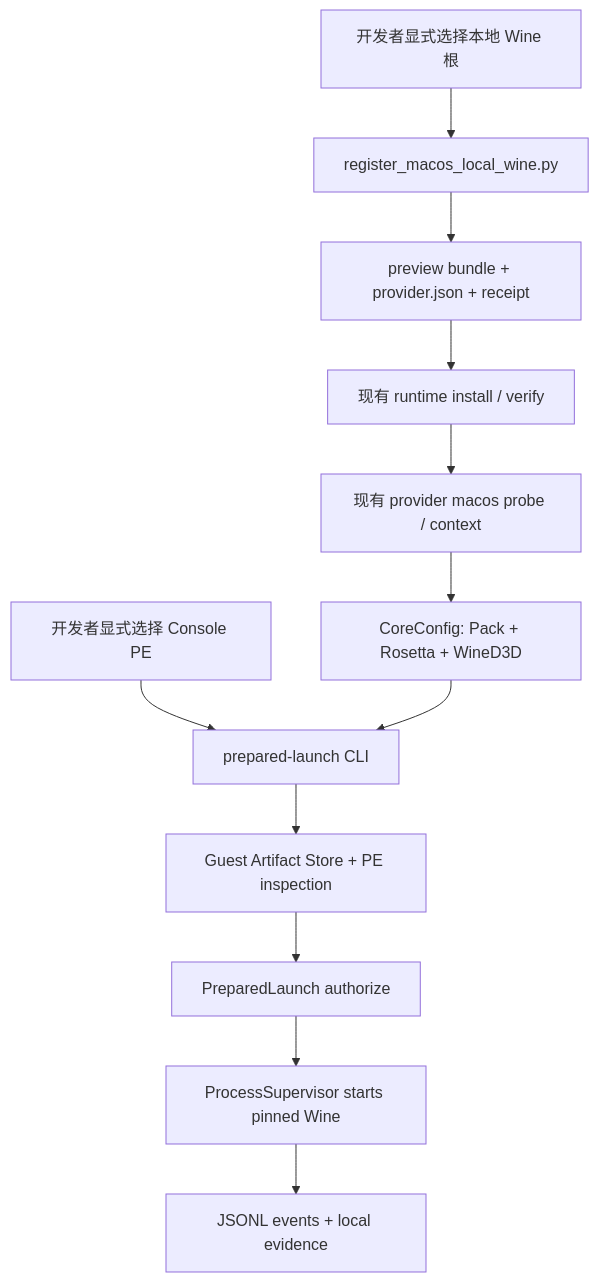
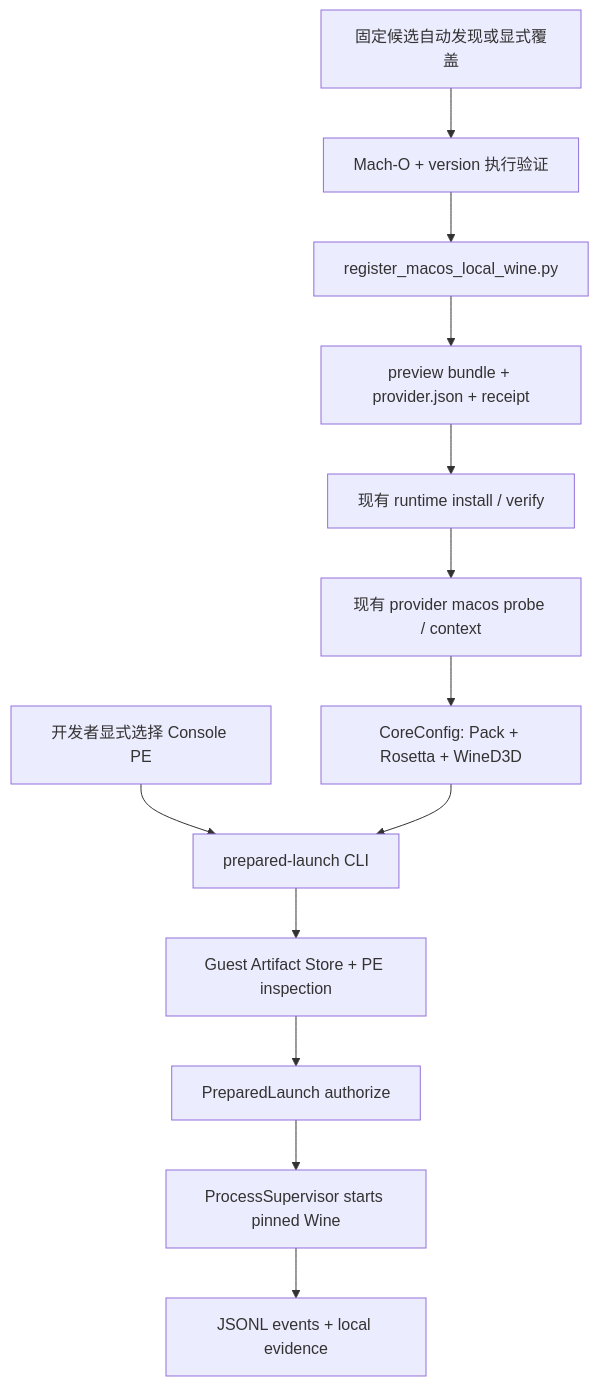
The diagram in docs/plans/2026-08-15-macos-headless-preview-design.md (lcxinc/CompatForge), drawn with Mermaid before and after one commit. The commit also changed other lines of this file and 12 other files, not shown here.

````diff
--- a/docs/plans/2026-08-15-macos-headless-preview-design.md
+++ b/docs/plans/2026-08-15-macos-headless-preview-design.md
@@ -101,14 +123,15 @@
 ```mermaid
 flowchart TD
-    A["开发者显式选择本地 Wine 根"] --> B["register_macos_local_wine.py"]
+    A["固定候选自动发现或显式覆盖"] --> A2["Mach-O + version 执行验证"]
+    A2 --> B["register_macos_local_wine.py"]
     B --> C["preview bundle + provider.json + receipt"]
     C --> D["现有 runtime install / verify"]
     D --> E["现有 provider macos probe / context"]
     E --> F["CoreConfig: Pack + Rosetta + WineD3D"]
     G["开发者显式选择 Console PE"] --> H["prepared-launch CLI"]
     F --> H
     H --> I["Guest Artifact Store + PE inspection"]
     I --> J["PreparedLaunch authorize"]
     J --> K["ProcessSupervisor starts pinned Wine"]
     K --> L["JSONL events + local evidence"]
 ```
````
